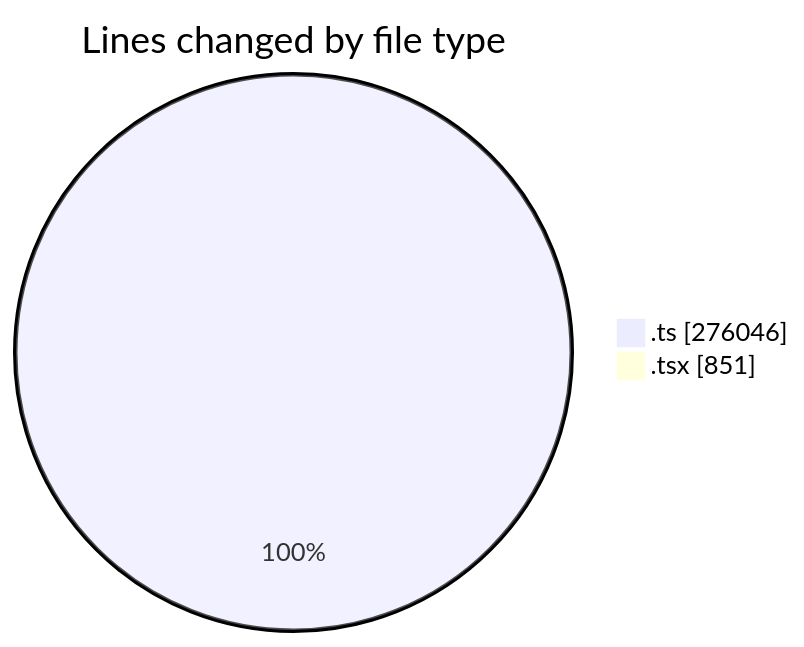
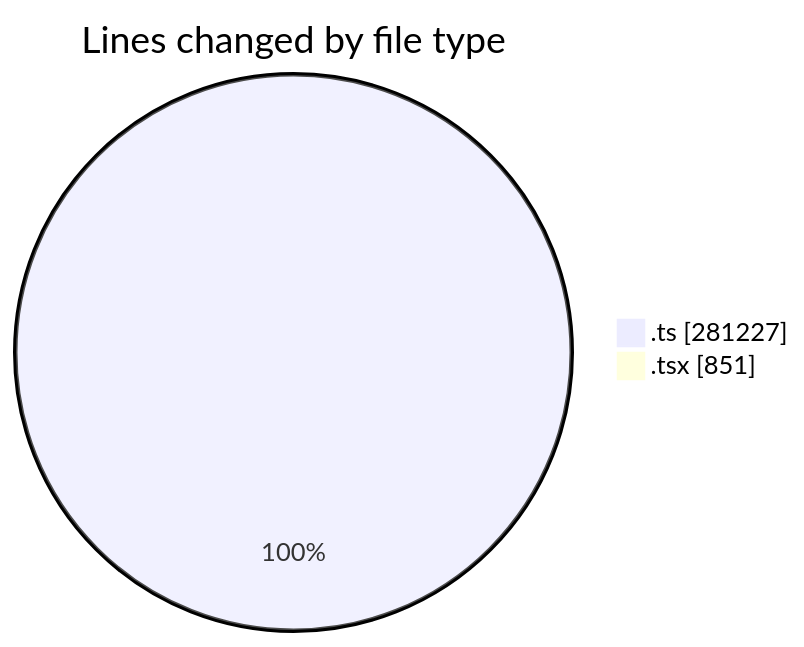
The first of 2 diagrams in 2025-08-22/cda/README.md (momahboobian/code-tracking), drawn with Mermaid before and after one commit. The commit also changed other lines of this file and 1 other file, not shown here.

````diff
--- a/2025-08-22/cda/README.md
+++ b/2025-08-22/cda/README.md
@@ -34,6 +34,6 @@
 ```mermaid
 pie showData
 title Lines changed by file type
-".ts" : 276046
+".ts" : 281227
 ".tsx" : 851
 ```
````
